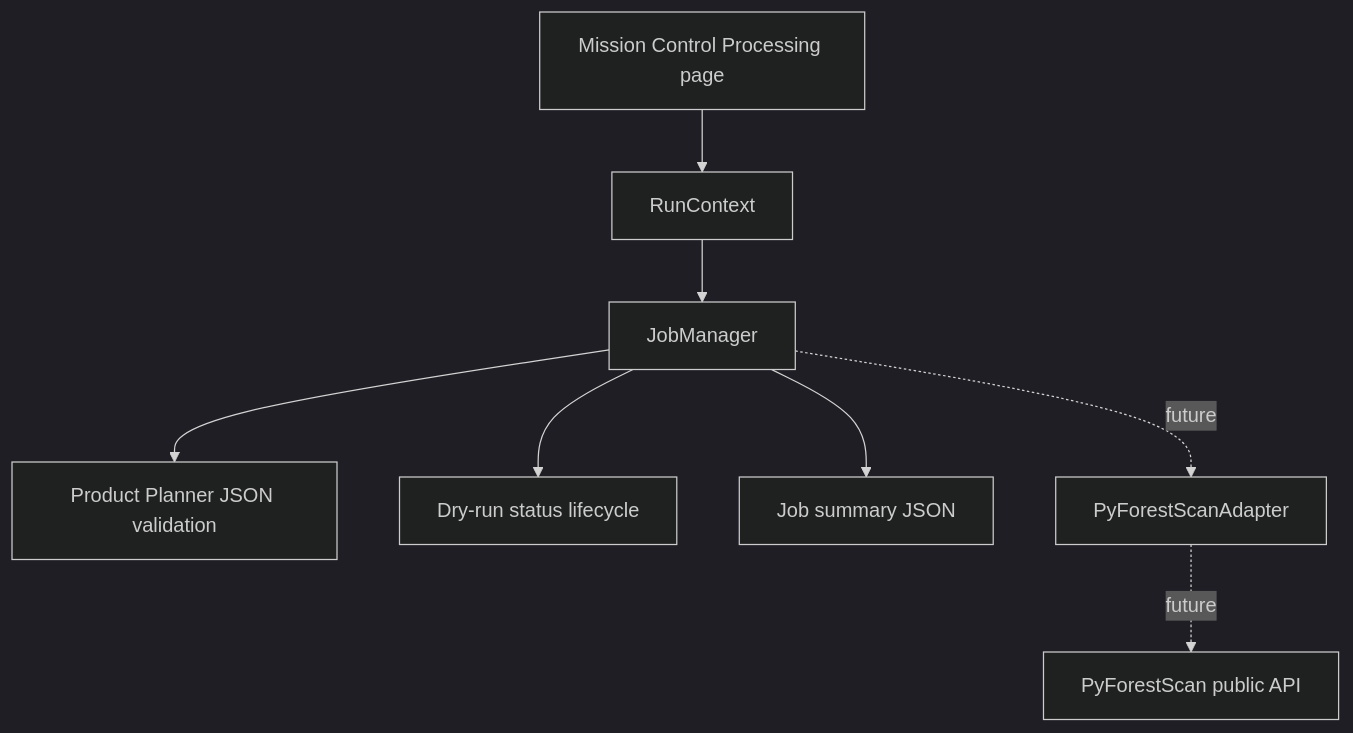
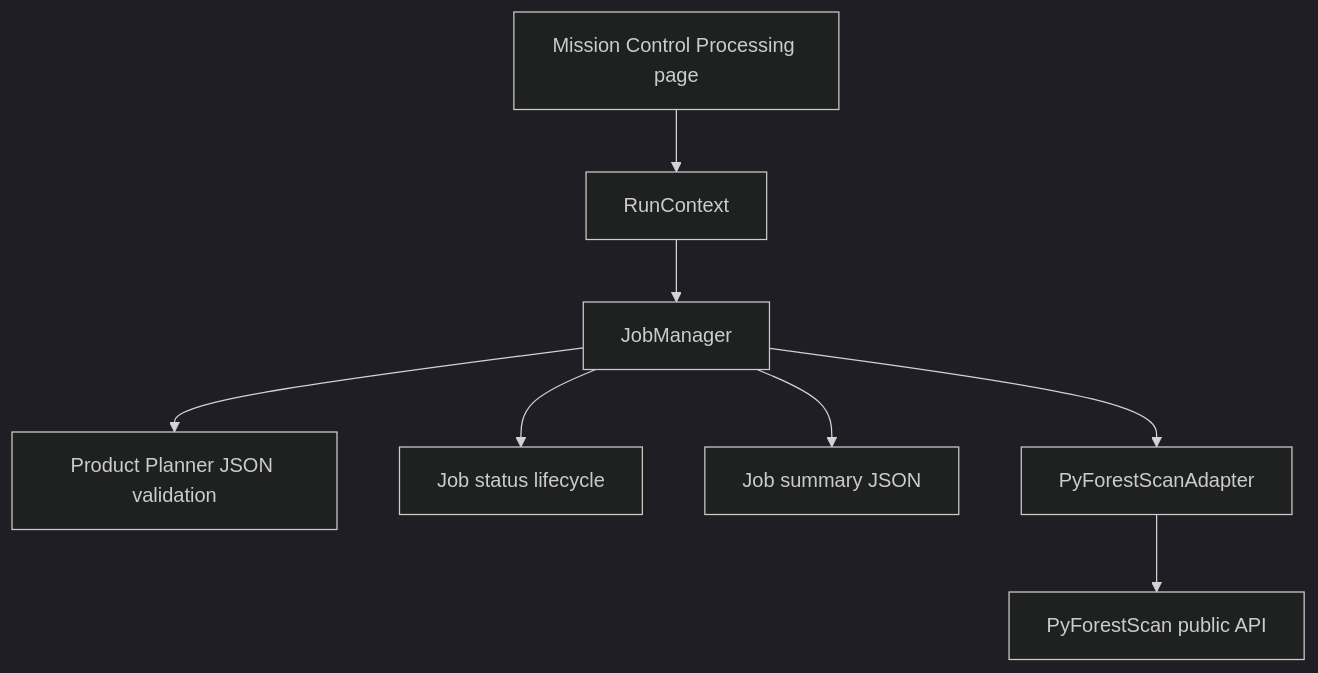
Before and after one commit to sticholas/pyforestscan-qgis: the diagram in docs/development/JOB_EXECUTION.md, drawn with Mermaid (dark theme). The commit also changed other lines of this file and 23 other files, not shown here.

````diff
--- a/docs/development/JOB_EXECUTION.md
+++ b/docs/development/JOB_EXECUTION.md
@@ -15,10 +15,10 @@
 ```mermaid
 flowchart TD
     A["Mission Control Processing page"] --> H["RunContext"]
     H --> B["JobManager"]
     B --> C["Product Planner JSON validation"]
-    B --> D["Dry-run status lifecycle"]
+    B --> D["Job status lifecycle"]
     B --> E["Job summary JSON"]
-    B -."future".-> F["PyForestScanAdapter"]
-    F -."future".-> G["PyForestScan public API"]
+    B --> F["PyForestScanAdapter"]
+    F --> G["PyForestScan public API"]
 ```
````
